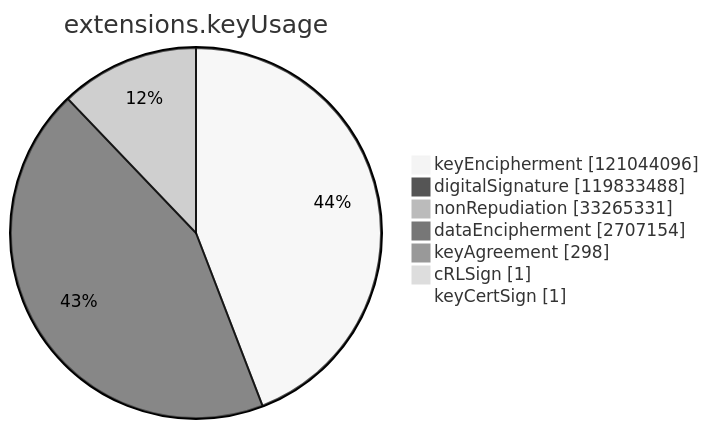
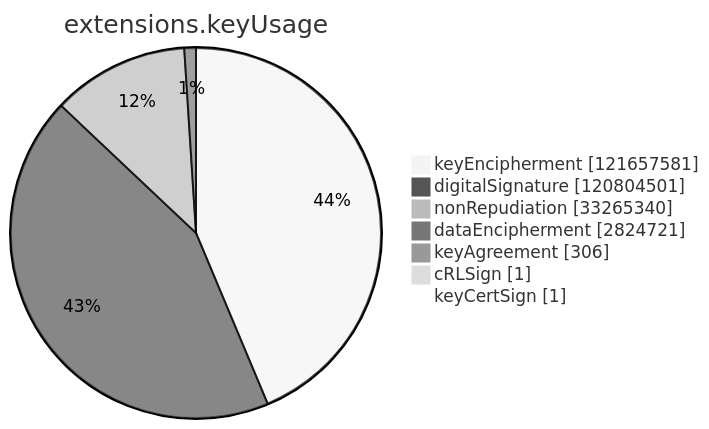
The sixth of 15 diagrams in xenon2023/README.md (christiankrug/ctmonitor_visualization), drawn with Mermaid (neutral theme) before and after one commit. The commit also changed other lines of this file, not shown here.

````diff
--- a/xenon2023/README.md
+++ b/xenon2023/README.md
@@ -2154,11 +2156,11 @@
 ```mermaid
 pie showData
 title extensions.keyUsage
-"keyEncipherment" :121044096
-"digitalSignature" :119833488
-"nonRepudiation" :33265331
-"dataEncipherment" :2707154
-"keyAgreement" :298
+"keyEncipherment" :121657581
+"digitalSignature" :120804501
+"nonRepudiation" :33265340
+"dataEncipherment" :2824721
+"keyAgreement" :306
 "cRLSign" :1
 "keyCertSign" :1
 ```
````
